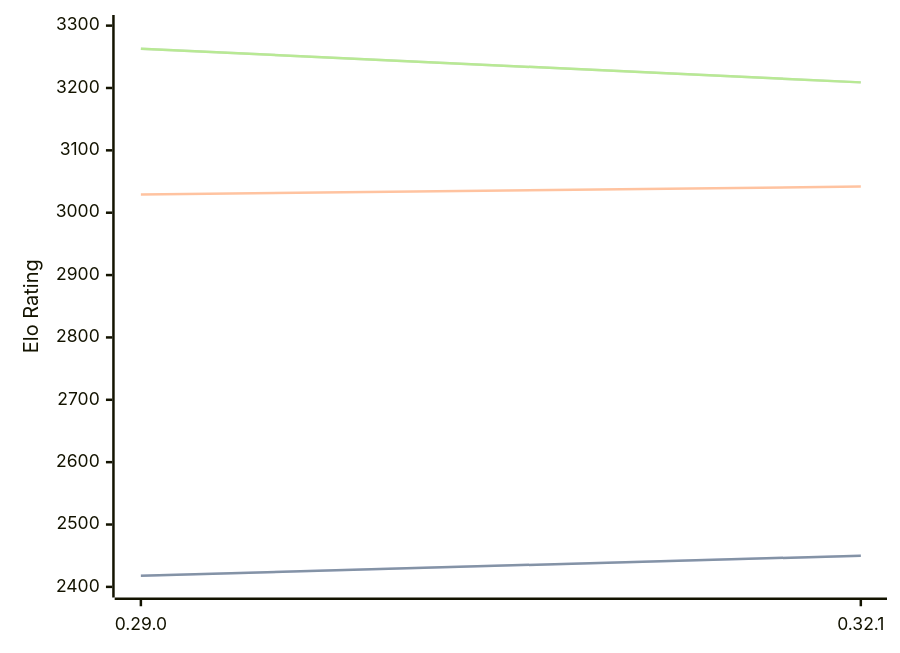
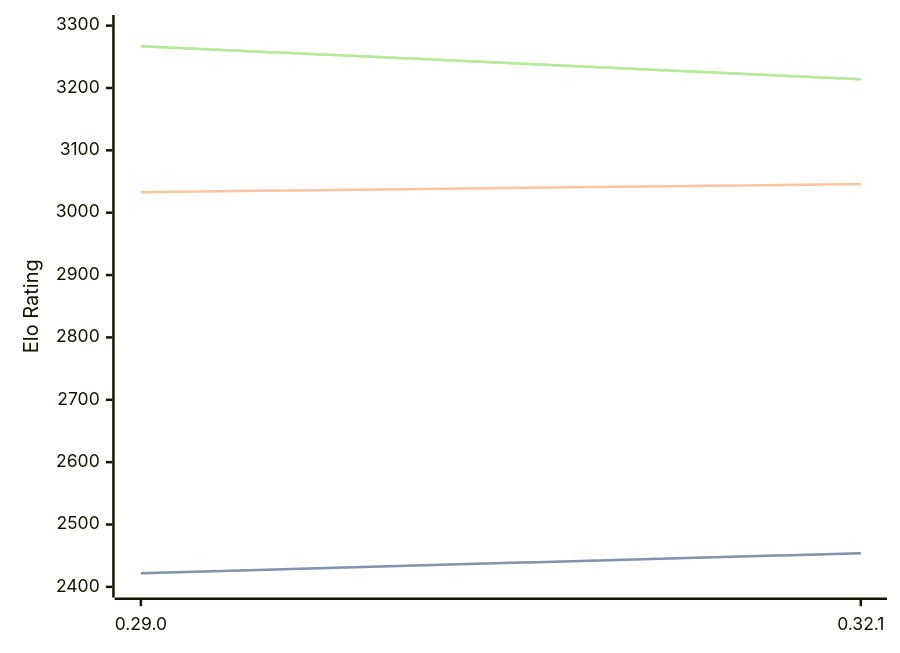
Before and after one commit to computer-chess-index/cci: the diagram in engines/Lc0.md, drawn with Mermaid. The commit also changed other lines of this file, not shown here.

Commit message:
Update CCI Ratings (ELO VLTC) - 2026-04-18

````diff
--- a/engines/Lc0.md
+++ b/engines/Lc0.md
@@ -68,11 +68,11 @@
 ```mermaid
 %%{init: {"theme":"base","themeVariables":{"seriesColors:['#a3a3a3','#222221','#faa371']}}}%%
 xychart-beta
   x-axis ["0.29.0", "0.32.1"]
   y-axis "Elo Rating" 2400 --> 3300
-  line "STC (8.0+0.08s)" [2418, 2450]
-  line "STC (8.0+0.08s)" [2418, 2450]
-  line "LTC (60.0+0.60s)" [3029, 3042]
-  line "VLTC (2m24s+1.12s)" [3263, 3209]
-  line "VLTC (2m24s+1.12s)" [3263, 3209]
+  line "STC (8.0+0.08s)" [2422, 2454]
+  line "STC (8.0+0.08s)" [2422, 2454]
+  line "LTC (60.0+0.60s)" [3033, 3046]
+  line "VLTC (2m24s+1.12s)" [3267, 3214]
+  line "VLTC (2m24s+1.12s)" [3267, 3214]
 ```
````
